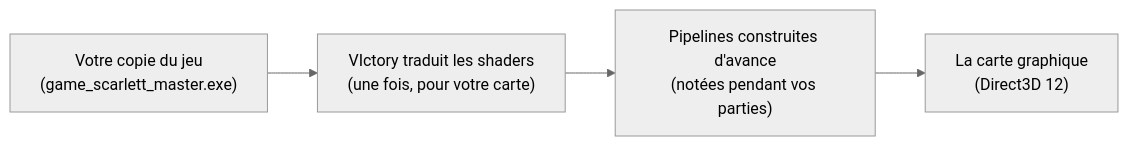
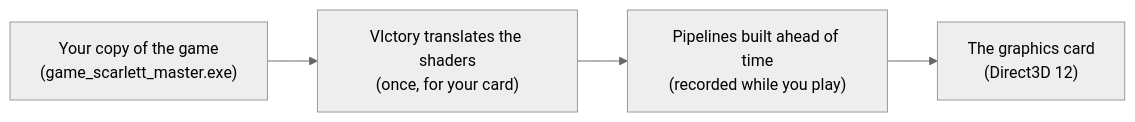
One commit to sagouindupm/Mandy changed the diagram in README.md. Above: the diagram before and after it, drawn with Mermaid (neutral theme). The commit also changed other lines of this file and 17 other files, not shown here.

````diff
--- a/README.md
+++ b/README.md
@@ -89,6 +90,6 @@
 ```mermaid
 flowchart LR
-    A["Votre copie du jeu<br/>(game_scarlett_master.exe)"] --> B["VIctory traduit les shaders<br/>(une fois, pour votre carte)"]
-    B --> C["Pipelines construites d'avance<br/>(notées pendant vos parties)"]
-    C --> D["La carte graphique<br/>(Direct3D 12)"]
+    A["Your copy of the game<br/>(game_scarlett_master.exe)"] --> B["VIctory translates the shaders<br/>(once, for your card)"]
+    B --> C["Pipelines built ahead of time<br/>(recorded while you play)"]
+    C --> D["The graphics card<br/>(Direct3D 12)"]
 ```
````
